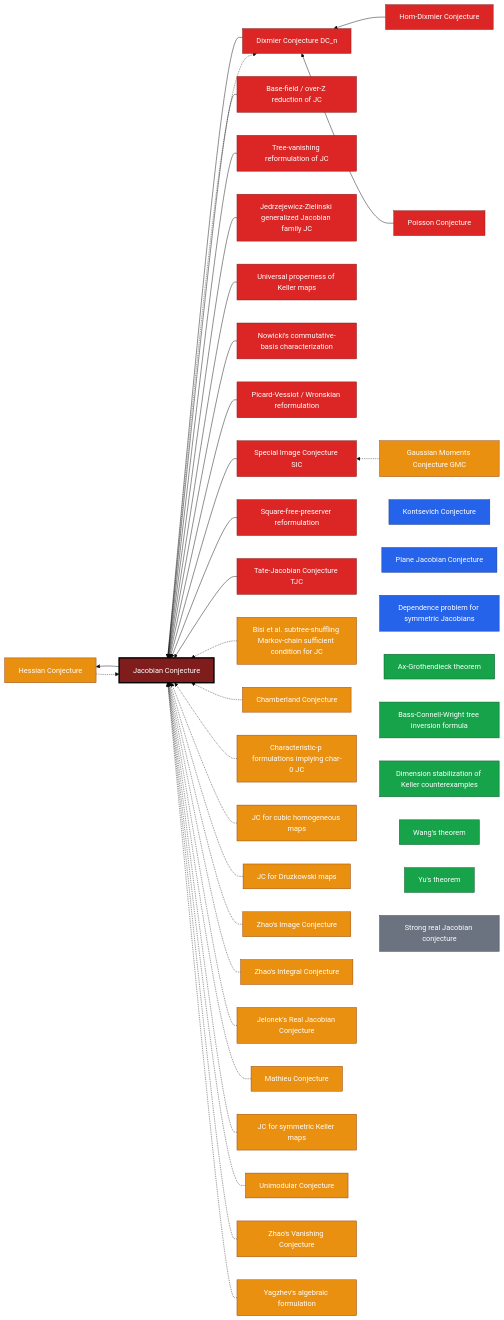
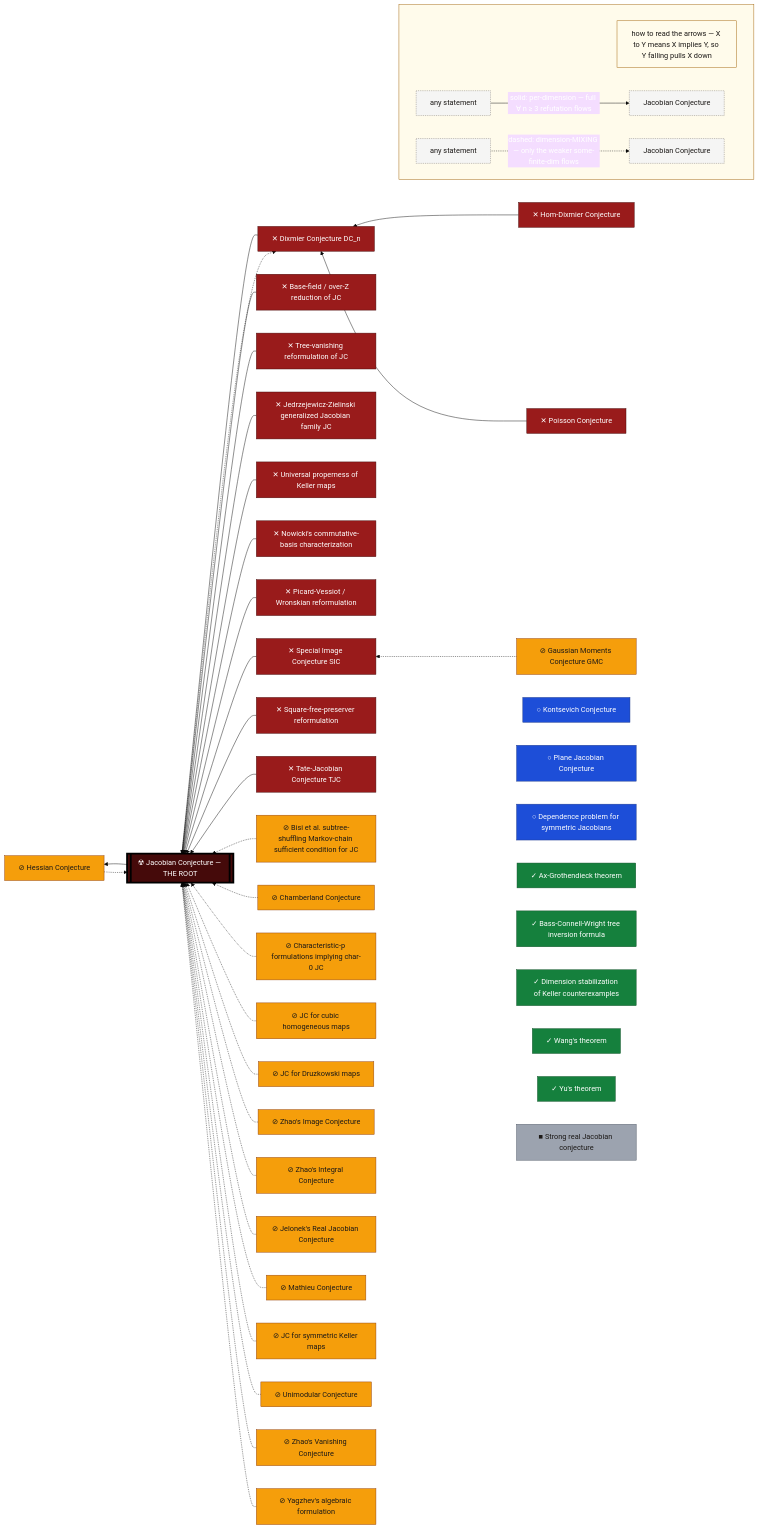
Before and after one commit to techno-optimist/erdos-frontier-atlas: the diagram in atlas/jc-crater/README.md, drawn with Mermaid (base theme). The commit also changed other lines of this file and 1 other file, not shown here.

````diff
--- a/atlas/jc-crater/README.md
+++ b/atlas/jc-crater/README.md
@@ -64,42 +64,42 @@
 ```mermaid
 flowchart RL
-  dixmier_conjecture["Dixmier Conjecture DC_n"]:::alln
-  hom_dixmier_conjecture["Hom-Dixmier Conjecture"]:::alln
-  jacobian_conjecture["Jacobian Conjecture"]:::root
-  jc_over_char0_fields_and_z["Base-field / over-Z reduction of JC"]:::alln
-  jc_tree_vanishing["Tree-vanishing reformulation of JC"]:::alln
-  jedrzejewicz_zielinski_jc_mnk["Jedrzejewicz-Zielinski generalized Jacobian family JC"]:::alln
-  keller_properness_universal["Universal properness of Keller maps"]:::alln
-  nowicki_commutative_basis["Nowicki's commutative-basis characterization"]:::alln
-  picard_vessiot_reformulation["Picard-Vessiot / Wronskian reformulation"]:::alln
-  poisson_conjecture["Poisson Conjecture"]:::alln
-  special_image_conjecture["Special Image Conjecture SIC"]:::alln
-  square_free_preserver["Square-free-preserver reformulation"]:::alln
-  tate_jacobian_conjecture["Tate-Jacobian Conjecture TJC"]:::alln
-  bisi_subtree_shuffle_markov_conjecture["Bisi et al. subtree-shuffling Markov-chain sufficient condition for JC"]:::somedim
-  chamberland_conjecture["Chamberland Conjecture"]:::somedim
-  char_p_strengthenings["Characteristic-p formulations implying char-0 JC"]:::somedim
-  cubic_homogeneous_jc["JC for cubic homogeneous maps"]:::somedim
-  druzkowski_jc["JC for Druzkowski maps"]:::somedim
-  gaussian_moments_conjecture["Gaussian Moments Conjecture GMC"]:::somedim
-  hessian_conjecture["Hessian Conjecture"]:::somedim
-  image_conjecture["Zhao's Image Conjecture"]:::somedim
-  integral_conjecture["Zhao's Integral Conjecture"]:::somedim
-  jelonek_real_jc["Jelonek's Real Jacobian Conjecture"]:::somedim
-  mathieu_conjecture["Mathieu Conjecture"]:::somedim
-  symmetric_jc["JC for symmetric Keller maps"]:::somedim
-  unimodular_conjecture["Unimodular Conjecture"]:::somedim
-  vanishing_conjecture["Zhao's Vanishing Conjecture"]:::somedim
-  yagzhev_engel_capelli["Yagzhev's algebraic formulation"]:::somedim
-  kontsevich_conjecture_weyl["Kontsevich Conjecture"]:::open
-  plane_jacobian_conjecture["Plane Jacobian Conjecture"]:::open
-  symmetric_dependence_problem["Dependence problem for symmetric Jacobians"]:::open
-  ax_grothendieck_theorem["Ax-Grothendieck theorem"]:::theorem
-  bcw_tree_formula["Bass-Connell-Wright tree inversion formula"]:::theorem
-  jc_dimension_padding["Dimension stabilization of Keller counterexamples"]:::theorem
-  wang_degree_two_theorem["Wang's theorem"]:::theorem
-  yu_nonnegative_theorem["Yu's theorem"]:::theorem
-  real_jc_nonvanishing["Strong real Jacobian conjecture"]:::indep
+  dixmier_conjecture["✕ Dixmier Conjecture DC_n"]:::alln
+  hom_dixmier_conjecture["✕ Hom-Dixmier Conjecture"]:::alln
+  jacobian_conjecture[["☢ Jacobian Conjecture — THE ROOT"]]:::root
+  jc_over_char0_fields_and_z["✕ Base-field / over-Z reduction of JC"]:::alln
+  jc_tree_vanishing["✕ Tree-vanishing reformulation of JC"]:::alln
+  jedrzejewicz_zielinski_jc_mnk["✕ Jedrzejewicz-Zielinski generalized Jacobian family JC"]:::alln
+  keller_properness_universal["✕ Universal properness of Keller maps"]:::alln
+  nowicki_commutative_basis["✕ Nowicki's commutative-basis characterization"]:::alln
+  picard_vessiot_reformulation["✕ Picard-Vessiot / Wronskian reformulation"]:::alln
+  poisson_conjecture["✕ Poisson Conjecture"]:::alln
+  special_image_conjecture["✕ Special Image Conjecture SIC"]:::alln
+  square_free_preserver["✕ Square-free-preserver reformulation"]:::alln
+  tate_jacobian_conjecture["✕ Tate-Jacobian Conjecture TJC"]:::alln
+  bisi_subtree_shuffle_markov_conjecture["⊘ Bisi et al. subtree-shuffling Markov-chain sufficient condition for JC"]:::somedim
+  chamberland_conjecture["⊘ Chamberland Conjecture"]:::somedim
+  char_p_strengthenings["⊘ Characteristic-p formulations implying char-0 JC"]:::somedim
+  cubic_homogeneous_jc["⊘ JC for cubic homogeneous maps"]:::somedim
+  druzkowski_jc["⊘ JC for Druzkowski maps"]:::somedim
+  gaussian_moments_conjecture["⊘ Gaussian Moments Conjecture GMC"]:::somedim
+  hessian_conjecture["⊘ Hessian Conjecture"]:::somedim
+  image_conjecture["⊘ Zhao's Image Conjecture"]:::somedim
+  integral_conjecture["⊘ Zhao's Integral Conjecture"]:::somedim
+  jelonek_real_jc["⊘ Jelonek's Real Jacobian Conjecture"]:::somedim
+  mathieu_conjecture["⊘ Mathieu Conjecture"]:::somedim
+  symmetric_jc["⊘ JC for symmetric Keller maps"]:::somedim
+  unimodular_conjecture["⊘ Unimodular Conjecture"]:::somedim
+  vanishing_conjecture["⊘ Zhao's Vanishing Conjecture"]:::somedim
+  yagzhev_engel_capelli["⊘ Yagzhev's algebraic formulation"]:::somedim
+  kontsevich_conjecture_weyl["○ Kontsevich Conjecture"]:::open
+  plane_jacobian_conjecture["○ Plane Jacobian Conjecture"]:::open
+  symmetric_dependence_problem["○ Dependence problem for symmetric Jacobians"]:::open
+  ax_grothendieck_theorem["✓ Ax-Grothendieck theorem"]:::theorem
+  bcw_tree_formula["✓ Bass-Connell-Wright tree inversion formula"]:::theorem
+  jc_dimension_padding["✓ Dimension stabilization of Keller counterexamples"]:::theorem
+  wang_degree_two_theorem["✓ Wang's theorem"]:::theorem
+  yu_nonnegative_theorem["✓ Yu's theorem"]:::theorem
+  real_jc_nonvanishing["■ Strong real Jacobian conjecture"]:::indep
   dixmier_conjecture --> jacobian_conjecture
   jacobian_conjecture -.-> dixmier_conjecture
   cubic_homogeneous_jc -.-> jacobian_conjecture
@@ -129,10 +129,19 @@
   jc_over_char0_fields_and_z --> jacobian_conjecture
   jedrzejewicz_zielinski_jc_mnk --> jacobian_conjecture
   bisi_subtree_shuffle_markov_conjecture -.-> jacobian_conjecture
-  classDef root fill:#7f1d1d,stroke:#000,color:#fff,stroke-width:3px;
-  classDef alln fill:#dc2626,stroke:#7f1d1d,color:#fff;
-  classDef somedim fill:#ea9010,stroke:#92400e,color:#fff;
-  classDef open fill:#2563eb,stroke:#1e3a8a,color:#fff;
-  classDef theorem fill:#16a34a,stroke:#14532d,color:#fff;
-  classDef indep fill:#6b7280,stroke:#374151,color:#fff;
+  subgraph legend [" "]
+    direction LR
+    LKEY["how to read the arrows — X to Y means X implies Y, so Y falling pulls X down"]:::legendnote
+    LP1["any statement"]:::legendbox -->|"solid: per-dimension — full ∀ n ≥ 3 refutation flows"| LP2["Jacobian Conjecture"]:::legendbox
+    LM1["any statement"]:::legendbox -.->|"dashed: dimension-MIXING — only the weaker some-finite-dim flows"| LM2["Jacobian Conjecture"]:::legendbox
+  end
+  classDef root fill:#450a0a,stroke:#000,color:#fff,stroke-width:4px;
+  classDef legendbox fill:#f5f5f4,stroke:#78716c,color:#1c1917,stroke-dasharray:2 2;
+  classDef legendnote fill:#fffbeb,stroke:#a16207,color:#1c1917;
+  style legend fill:#fffbeb,stroke:#a16207;
+  classDef alln fill:#991b1b,stroke:#450a0a,color:#fff;
+  classDef somedim fill:#f59e0b,stroke:#92400e,color:#1c1917;
+  classDef open fill:#1d4ed8,stroke:#1e3a8a,color:#fff;
+  classDef theorem fill:#15803d,stroke:#14532d,color:#fff;
+  classDef indep fill:#9ca3af,stroke:#4b5563,color:#1c1917;
 ```
````
